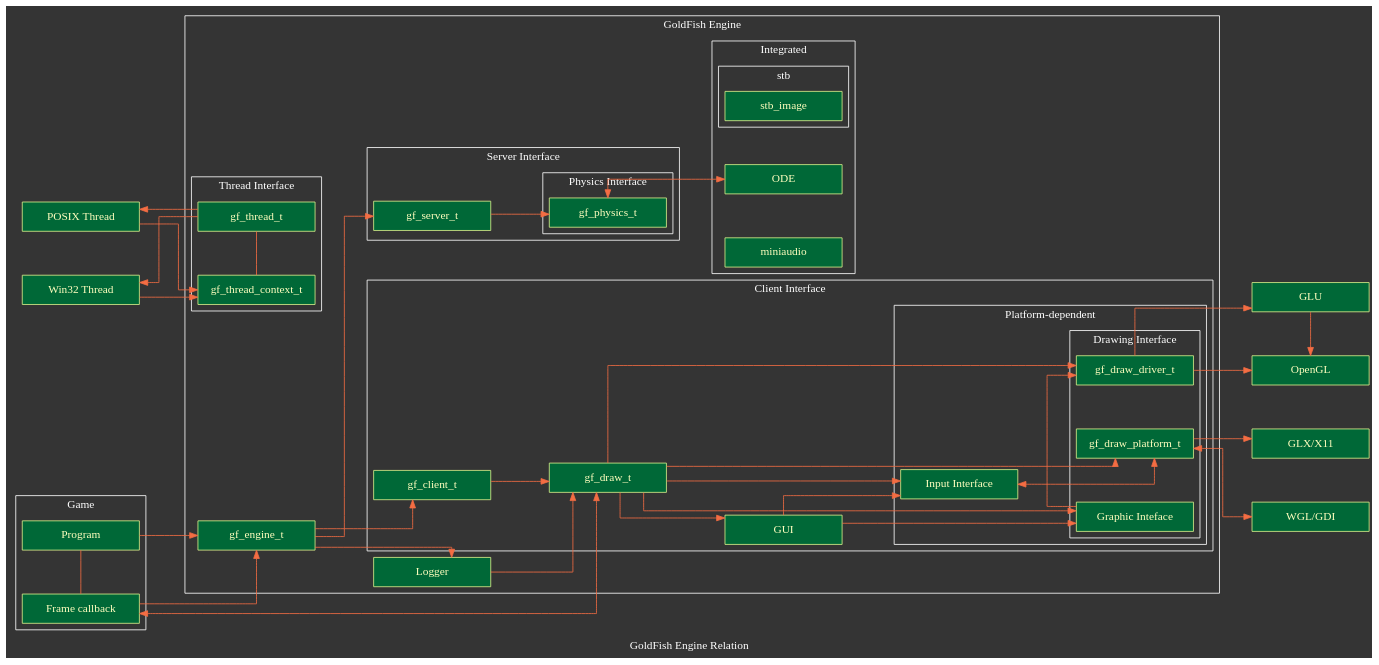
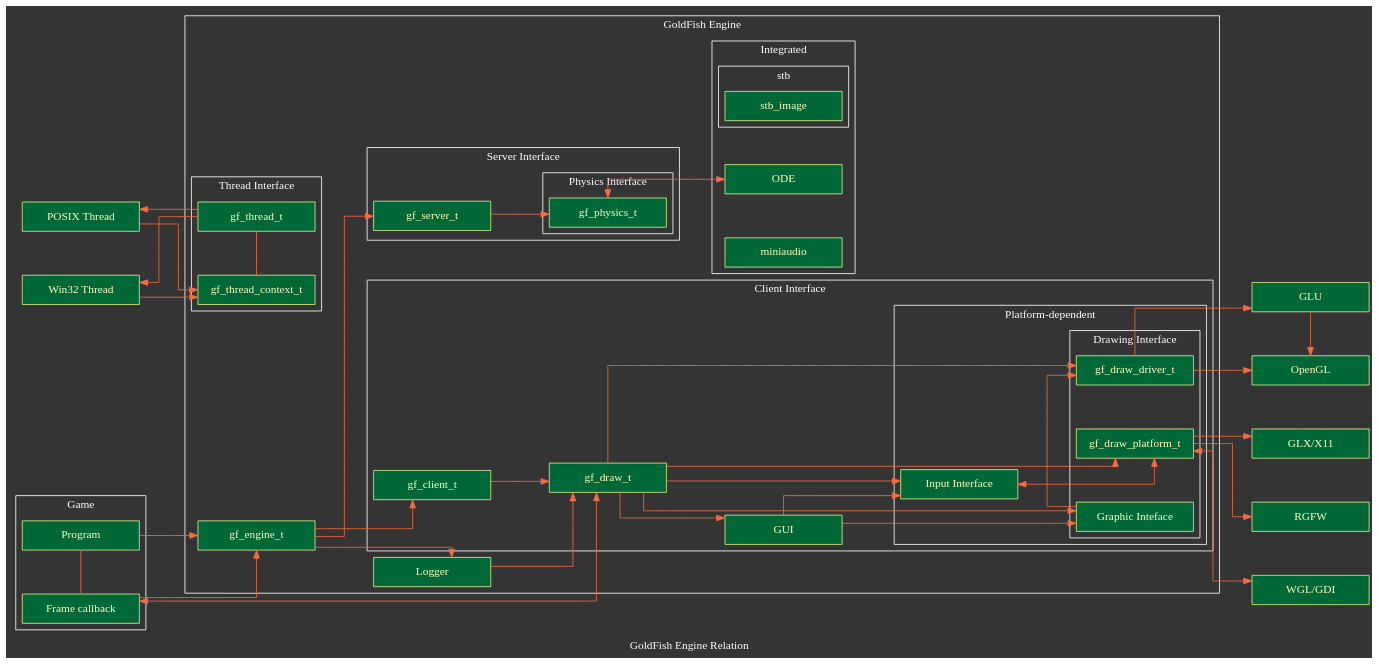
The diagram in engine/misc/relation.gv (pyrite-dev/nishbox), drawn with Graphviz before and after one commit.

Commit message:
add rgfw to engine relation

```diff
--- a/engine/misc/relation.gv
+++ b/engine/misc/relation.gv
@@ -40,6 +40,9 @@
 	];
 	glx [
 		label = "GLX/X11"
+	];
+	rgfw [
+		label = "RGFW"
 	];
 	pthread [
 		label = "POSIX Thread"
@@ -188,6 +191,8 @@
 	dd -> {opengl glu};
 
 	dp -> glx;
+	
+	dp -> rgfw;
 
 	dp -> {wgl} [ // These APIs are callback-based
 		dir = "both"
@@ -227,7 +232,7 @@
 	// Rank
 	{
 		rank = "same";
-		glx; wgl;
+		glx; wgl; rgfw;
 	};
 
 	{
```
